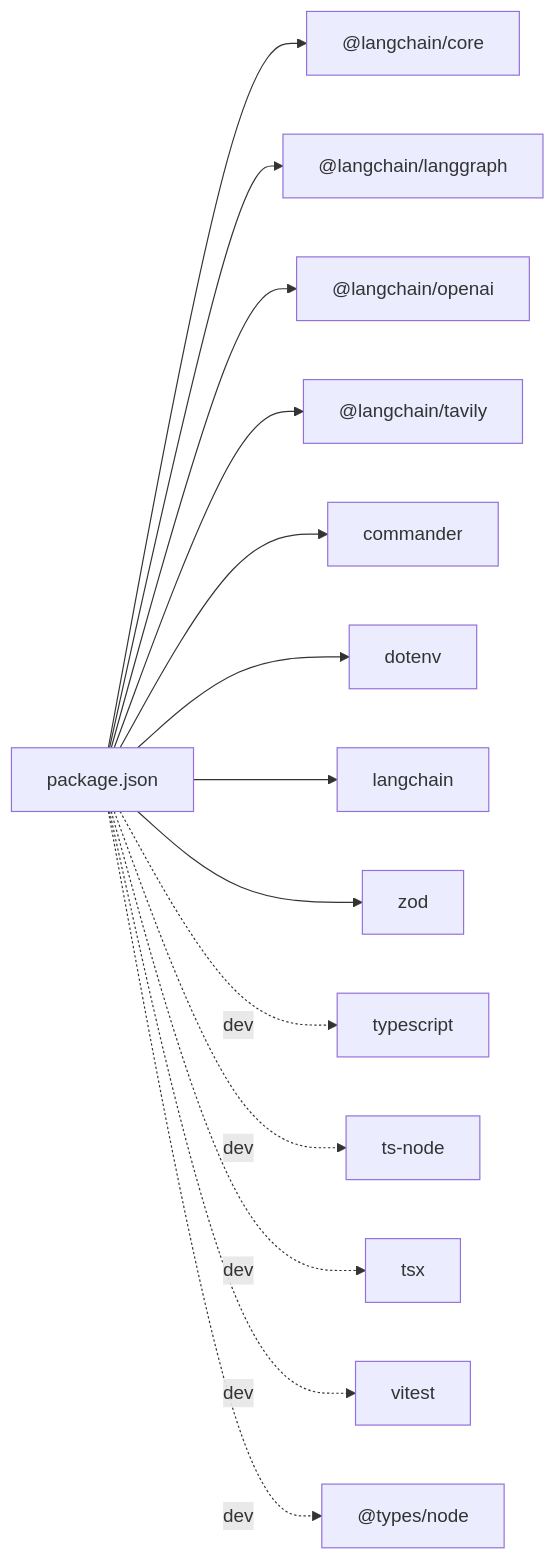
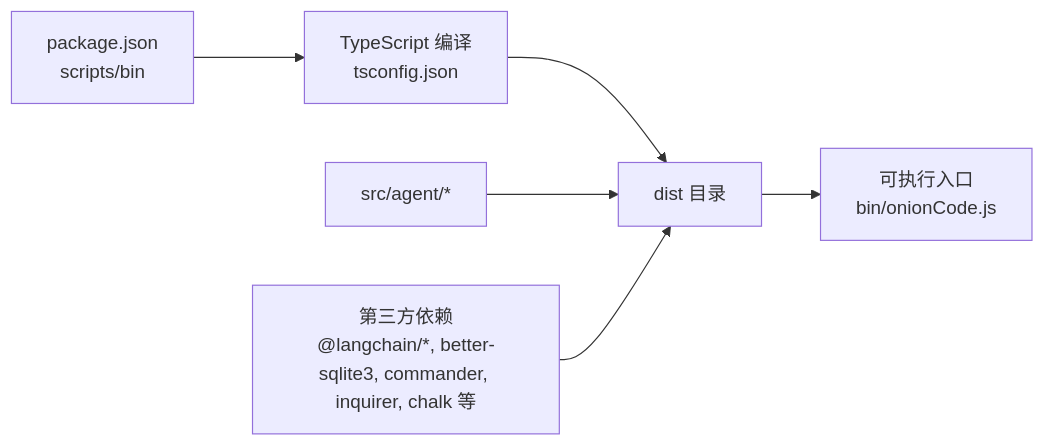
One commit to HAOFUYANG/onion-code changed the eighth of 8 diagrams in .qoder/repowiki/zh/content/快速开始.md. Above: the diagram before and after it, drawn with Mermaid. The commit also changed other lines of this file and 58 other files, not shown here.

````diff
--- a/.qoder/repowiki/zh/content/快速开始.md
+++ b/.qoder/repowiki/zh/content/快速开始.md
@@ -246,16 +279,8 @@
 ```mermaid
 graph LR
-P["package.json"] --> D1["@langchain/core"]
-P --> D2["@langchain/langgraph"]
-P --> D3["@langchain/openai"]
-P --> D4["@langchain/tavily"]
-P --> D5["commander"]
-P --> D6["dotenv"]
-P --> D7["langchain"]
-P --> D8["zod"]
-P -.dev.-> V1["typescript"]
-P -.dev.-> V2["ts-node"]
-P -.dev.-> V3["tsx"]
-P -.dev.-> V4["vitest"]
-P -.dev.-> V5["@types/node"]
+P["package.json<br/>scripts/bin"] --> TSC["TypeScript 编译<br/>tsconfig.json"]
+TSC --> DIST["dist 目录"]
+DIST --> BIN["可执行入口<br/>bin/onionCode.js"]
+SRC["src/agent/*"] --> DIST
+PKG["第三方依赖<br/>@langchain/*, better-sqlite3, commander, inquirer, chalk 等"] --> DIST
 ```
````
